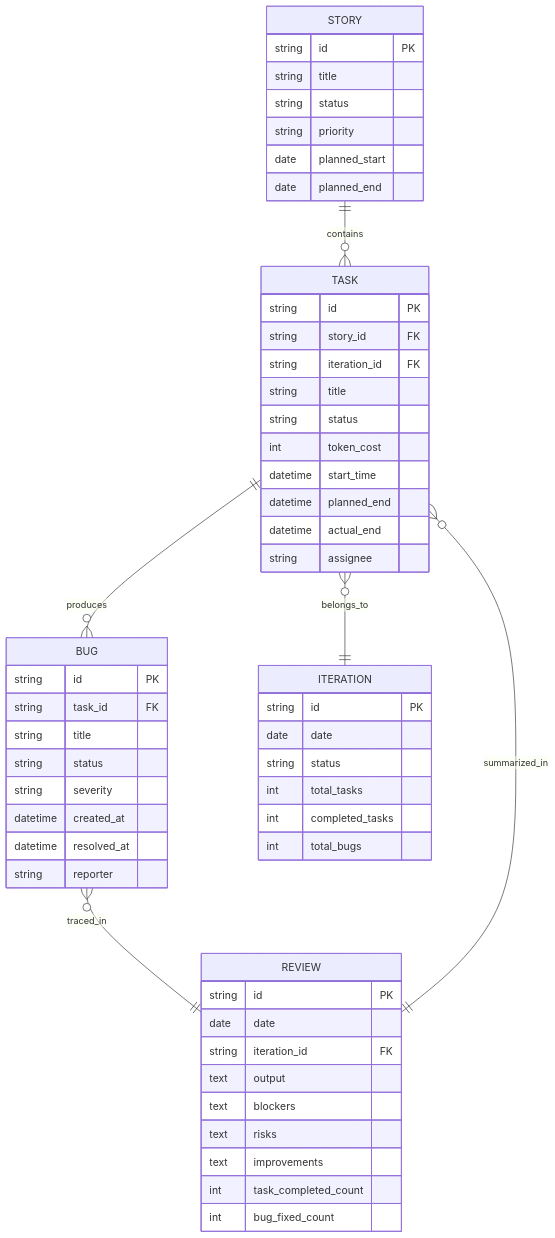
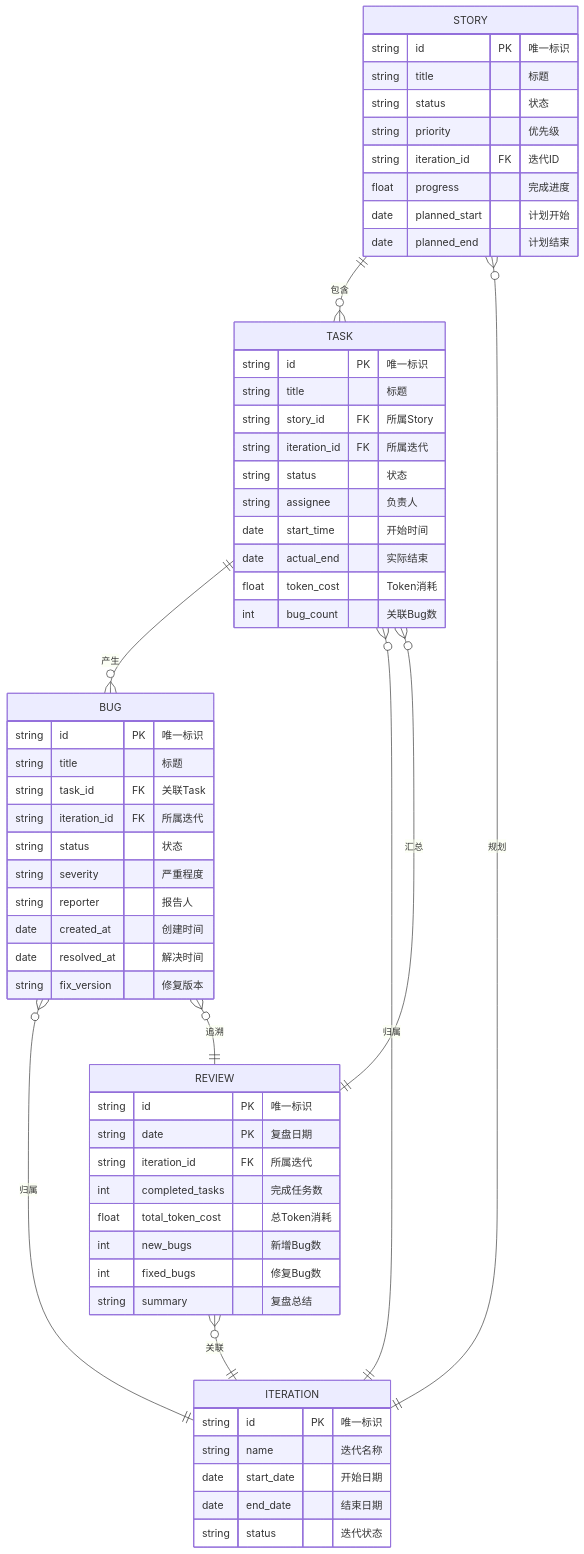
The first of 4 diagrams in notion/relation_rules.md (wangrenzhu-ola/InfinityCompany), drawn with Mermaid before and after one commit. The commit also changed other lines of this file and 13 other files, not shown here.

````diff
--- a/notion/relation_rules.md
+++ b/notion/relation_rules.md
@@ -11,57 +11,67 @@
 ```mermaid
 erDiagram
-    STORY ||--o{ TASK : contains
-    TASK ||--o{ BUG : produces
-    TASK }o--|| ITERATION : belongs_to
-    BUG }o--|| REVIEW : traced_in
-    TASK }o--|| REVIEW : summarized_in
+    STORY ||--o{ TASK : "包含"
+    TASK ||--o{ BUG : "产生"
+    TASK }o--|| ITERATION : "归属"
+    BUG }o--|| ITERATION : "归属"
+    BUG }o--|| REVIEW : "追溯"
+    TASK }o--|| REVIEW : "汇总"
+    STORY }o--|| ITERATION : "规划"
+    REVIEW }o--|| ITERATION : "关联"
+
     STORY {
-        string id PK
-        string title
-        string status
-        string priority
-        date planned_start
-        date planned_end
+        string id PK "唯一标识"
+        string title "标题"
+        string status "状态"
+        string priority "优先级"
+        string iteration_id FK "迭代ID"
+        float progress "完成进度"
+        date planned_start "计划开始"
+        date planned_end "计划结束"
     }
+
     TASK {
-        string id PK
-        string story_id FK
-        string iteration_id FK
-        string title
-        string status
-        int token_cost
-        datetime start_time
-        datetime planned_end
-        datetime actual_end
-        string assignee
+        string id PK "唯一标识"
+        string title "标题"
+        string story_id FK "所属Story"
+        string iteration_id FK "所属迭代"
+        string status "状态"
+        string assignee "负责人"
+        date start_time "开始时间"
+        date actual_end "实际结束"
+        float token_cost "Token消耗"
+        int bug_count "关联Bug数"
     }
+
     BUG {
-        string id PK
-        string task_id FK
-        string title
-        string status
-        string severity
-        datetime created_at
-        datetime resolved_at
-        string reporter
+        string id PK "唯一标识"
+        string title "标题"
+        string task_id FK "关联Task"
+        string iteration_id FK "所属迭代"
+        string status "状态"
+        string severity "严重程度"
+        string reporter "报告人"
+        date created_at "创建时间"
+        date resolved_at "解决时间"
+        string fix_version "修复版本"
     }
+
     ITERATION {
-        string id PK
-        date date
-        string status
-        int total_tasks
-        int completed_tasks
-        int total_bugs
+        string id PK "唯一标识"
+        string name "迭代名称"
+        date start_date "开始日期"
+        date end_date "结束日期"
+        string status "迭代状态"
     }
+
     REVIEW {
-        string id PK
-        date date
-        string iteration_id FK
-        text output
-        text blockers
-        text risks
-        text improvements
-        int task_completed_count
-        int bug_fixed_count
+        string id PK "唯一标识"
+        string date PK "复盘日期"
+        string iteration_id FK "所属迭代"
+        int completed_tasks "完成任务数"
+        float total_token_cost "总Token消耗"
+        int new_bugs "新增Bug数"
+        int fixed_bugs "修复Bug数"
+        string summary "复盘总结"
     }
 ```
````
